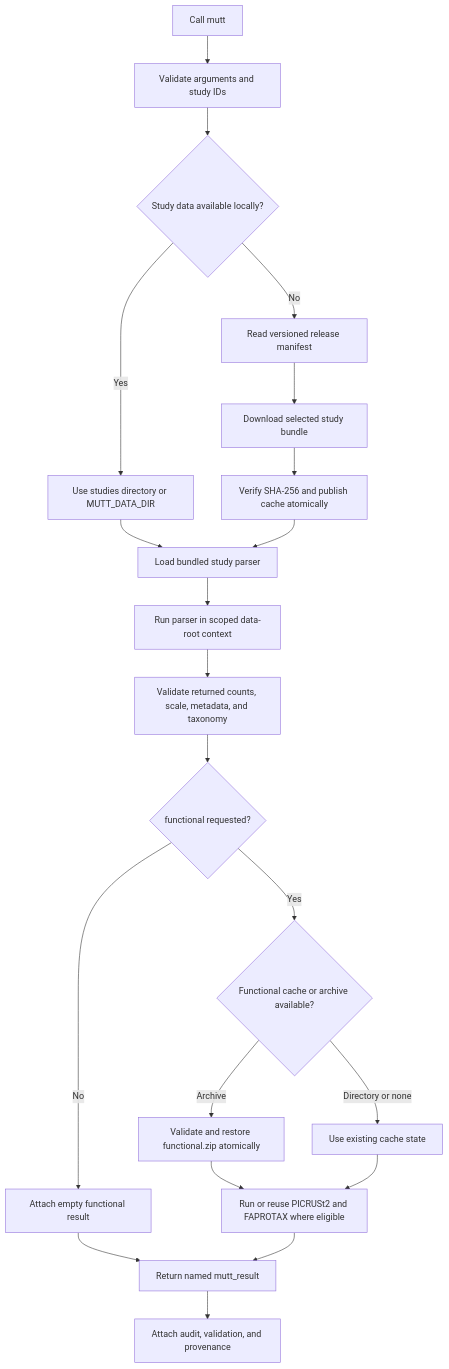
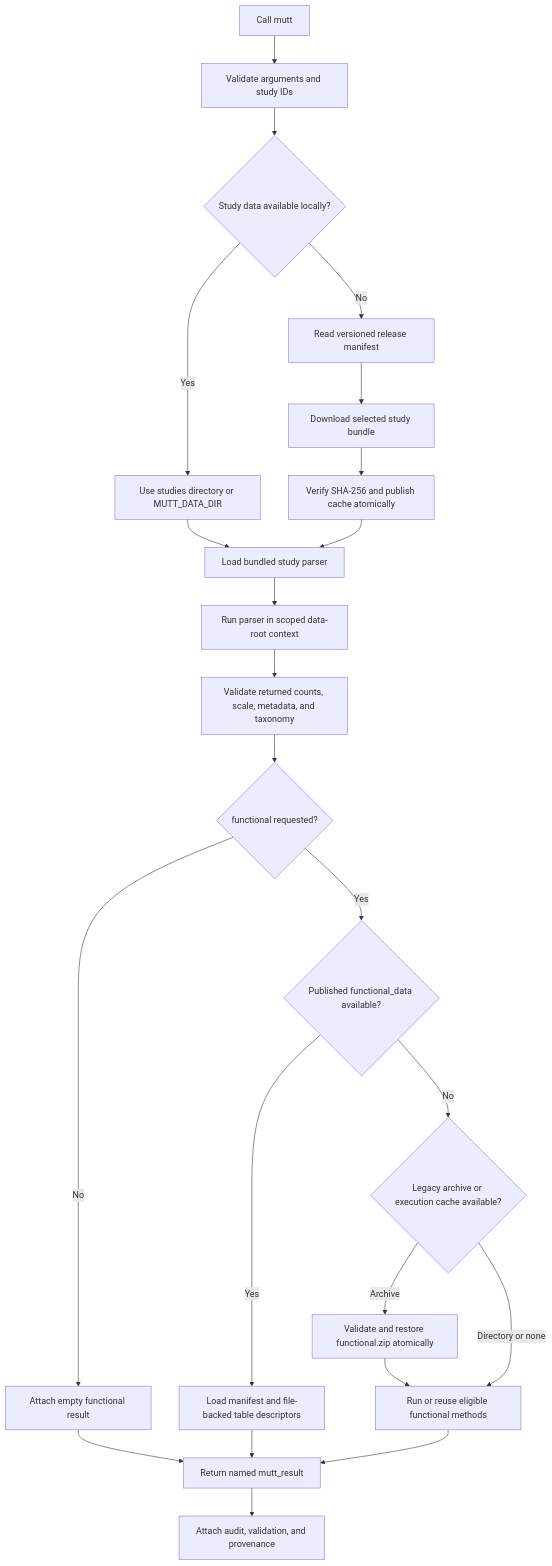
Before and after one commit to Silverman-Lab/mutt: the diagram in README.md, drawn with Mermaid. The commit also changed other lines of this file and 9 other files, not shown here.

Commit message:
Add adaptive functional data publication

````diff
--- a/README.md
+++ b/README.md
@@ -117,23 +179,25 @@
 ```mermaid
 flowchart TD
     A[Call mutt] --> B[Validate arguments and study IDs]
     B --> C{Study data available locally?}
     C -->|Yes| D[Use studies directory or MUTT_DATA_DIR]
     C -->|No| E[Read versioned release manifest]
     E --> F[Download selected study bundle]
     F --> G[Verify SHA-256 and publish cache atomically]
     D --> H[Load bundled study parser]
     G --> H
     H --> I[Run parser in scoped data-root context]
     I --> J[Validate returned counts, scale, metadata, and taxonomy]
     J --> K{functional requested?}
     K -->|No| L[Attach empty functional result]
-    K -->|Yes| M{Functional cache or archive available?}
-    M -->|Archive| P[Validate and restore functional.zip atomically]
-    M -->|Directory or none| Q[Use existing cache state]
-    P --> R[Run or reuse PICRUSt2 and FAPROTAX where eligible]
-    Q --> R
-    L --> N[Return named mutt_result]
+    K -->|Yes| M{Published functional_data available?}
+    M -->|Yes| P[Load manifest and file-backed table descriptors]
+    M -->|No| Q{Legacy archive or execution cache available?}
+    Q -->|Archive| S[Validate and restore functional.zip atomically]
+    Q -->|Directory or none| R[Run or reuse eligible functional methods]
+    S --> R
+    P --> N[Return named mutt_result]
+    L --> N
     R --> N
     N --> O[Attach audit, validation, and provenance]
 ```
````
